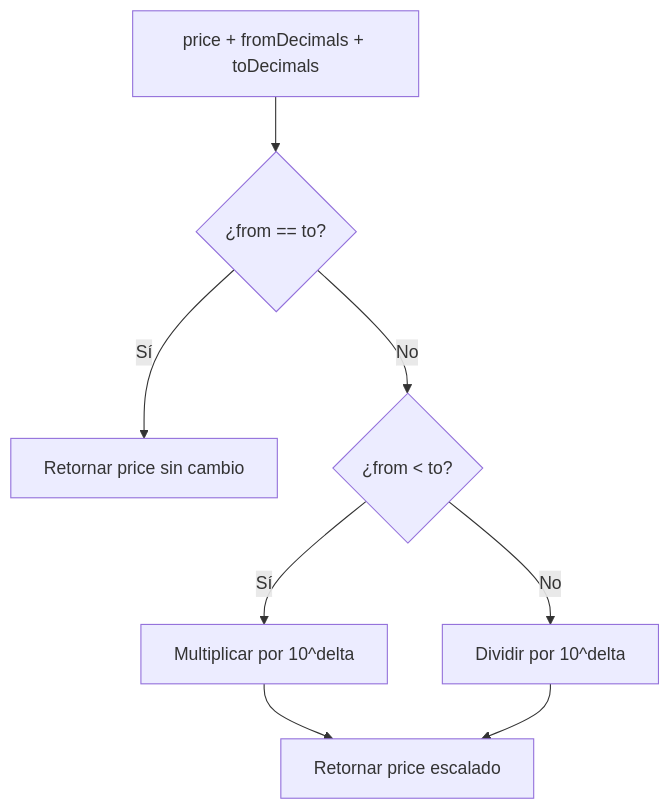
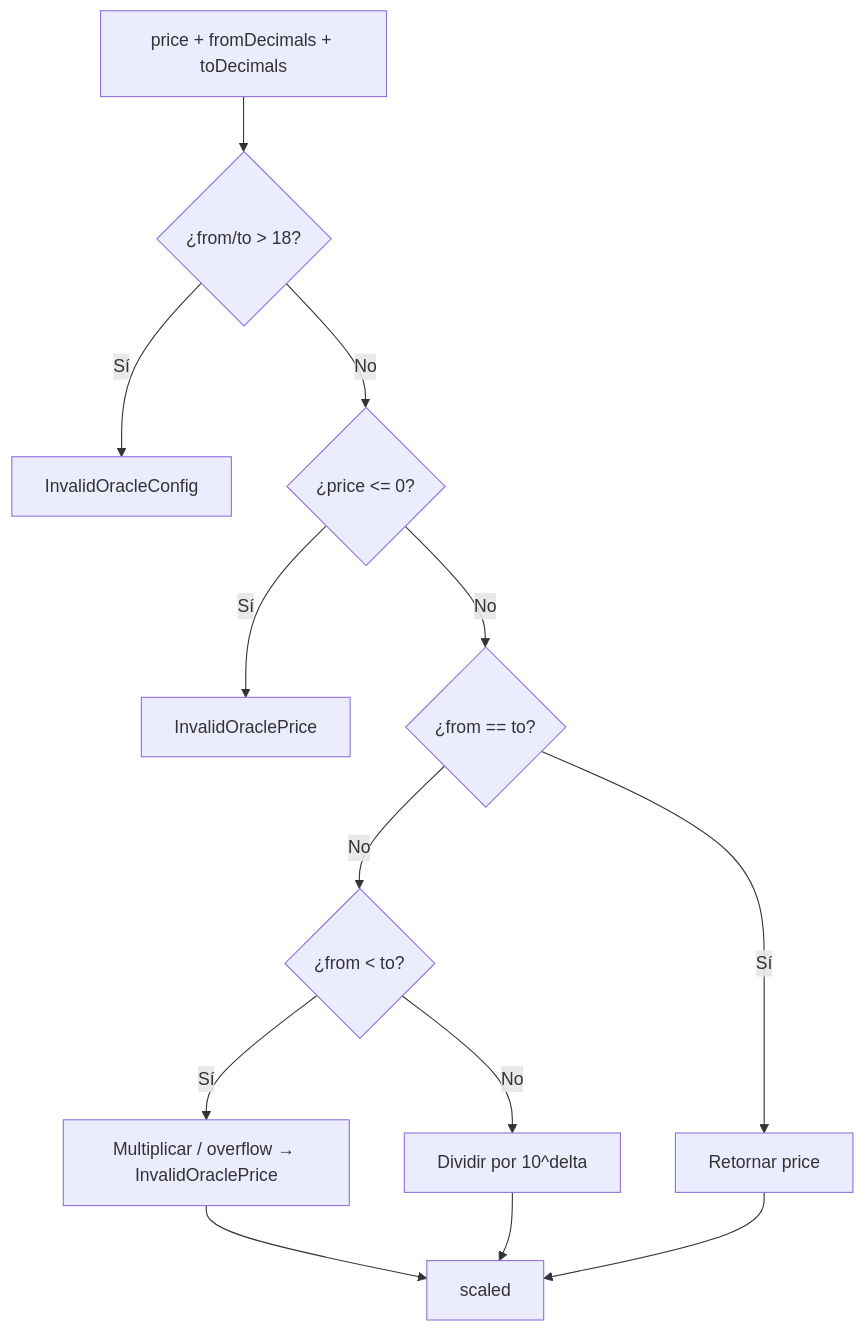
One commit to rastrahm/decentralized-oracles changed the fifth of 7 diagrams in doc/diagrama-de-flujo.md. Above: the diagram before and after it, drawn with Mermaid. The commit also changed other lines of this file and 12 other files, not shown here.

````diff
--- a/doc/diagrama-de-flujo.md
+++ b/doc/diagrama-de-flujo.md
@@ -64,10 +85,15 @@
 ```mermaid
 flowchart TD
-    A[price + fromDecimals + toDecimals] --> B{¿from == to?}
-    B -->|Sí| C[Retornar price sin cambio]
-    B -->|No| D{¿from < to?}
-    D -->|Sí| E[Multiplicar por 10^delta]
-    D -->|No| F[Dividir por 10^delta]
-    E --> G[Retornar price escalado]
-    F --> G
+    A[price + fromDecimals + toDecimals] --> B{¿from/to > 18?}
+    B -->|Sí| C[InvalidOracleConfig]
+    B -->|No| D{¿price <= 0?}
+    D -->|Sí| E[InvalidOraclePrice]
+    D -->|No| F{¿from == to?}
+    F -->|Sí| G[Retornar price]
+    F -->|No| H{¿from < to?}
+    H -->|Sí| I[Multiplicar / overflow → InvalidOraclePrice]
+    H -->|No| J[Dividir por 10^delta]
+    I --> K[scaled]
+    J --> K
+    G --> K
 ```
````
